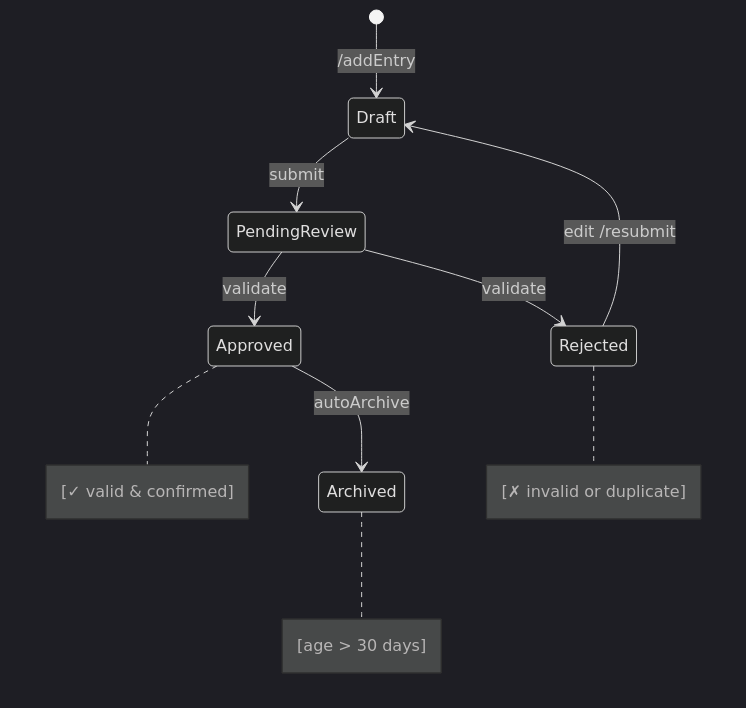
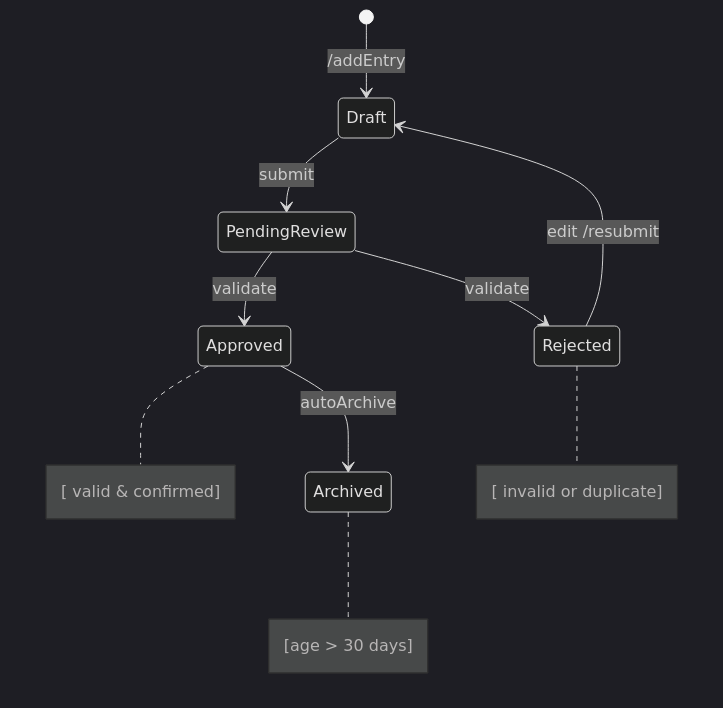
One commit to NdumisoCPUT/informal-business-management changed the second of 2 diagrams in State_Transition_Diagrams.md. Above: the diagram before and after it, drawn with Mermaid (dark theme).

````diff
--- a/State_Transition_Diagrams.md
+++ b/State_Transition_Diagrams.md
@@ -20,21 +20,21 @@
 ```mermaid
 stateDiagram-v2
     [*] --> Draft : /addEntry
 
     Draft --> PendingReview : submit
 
     PendingReview --> Approved : validate  
-    note right of Approved : [✓ valid & confirmed]
+    note right of Approved : [ valid & confirmed]
 
     PendingReview --> Rejected : validate  
-    note right of Rejected : [✗ invalid or duplicate]
+    note right of Rejected : [ invalid or duplicate]
 
     Rejected --> Draft : edit /resubmit
 
     Approved --> Archived : autoArchive  
     note right of Archived : [age > 30 days]
 
 
 
 
 ```
````
